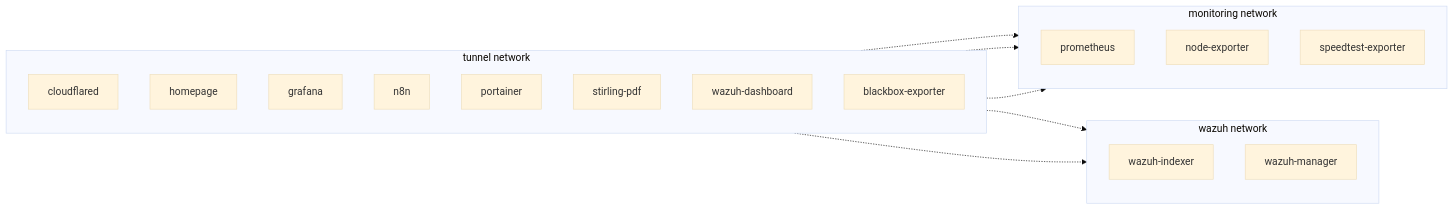
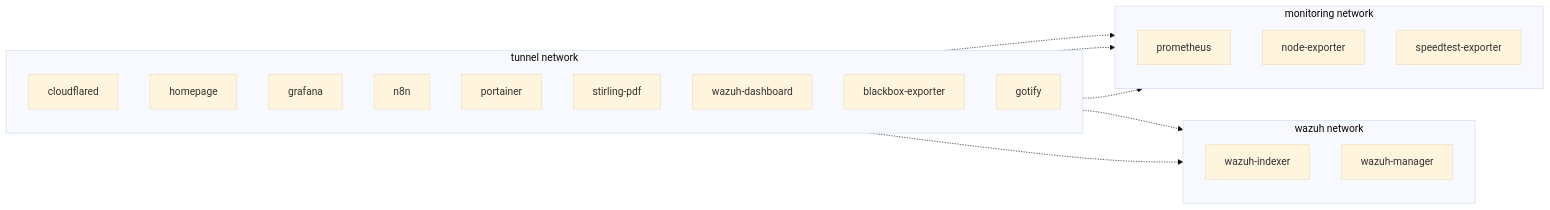
The second of 4 diagrams in README.md (danielpsf/homelab), drawn with Mermaid (base theme) before and after one commit. The commit also changed other lines of this file, not shown here.

First line of the commit message:
docs: update README with Gotify, batch alert pipeline, and project changes

````diff
--- a/README.md
+++ b/README.md
@@ -64,33 +66,34 @@
 ```mermaid
 graph LR
     subgraph tunnel[tunnel network]
         direction TB
         cloudflared
         homepage
         grafana
         n8n
         portainer
         stirling-pdf
         wazuh-dashboard
         blackbox-exporter
+        gotify
     end
 
     subgraph monitoring[monitoring network]
         direction TB
         prometheus
         node-exporter
         speedtest-exporter
     end
 
     subgraph wazuh[wazuh network]
         direction TB
         wazuh-indexer
         wazuh-manager
     end
 
     homepage -.-> monitoring
     grafana -.-> monitoring
     n8n -.-> monitoring
     n8n -.-> wazuh
     blackbox-exporter -.-> wazuh
 ```
````
